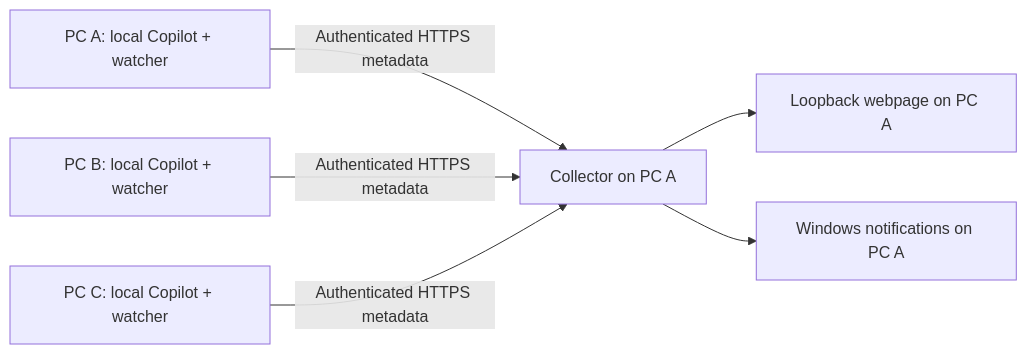
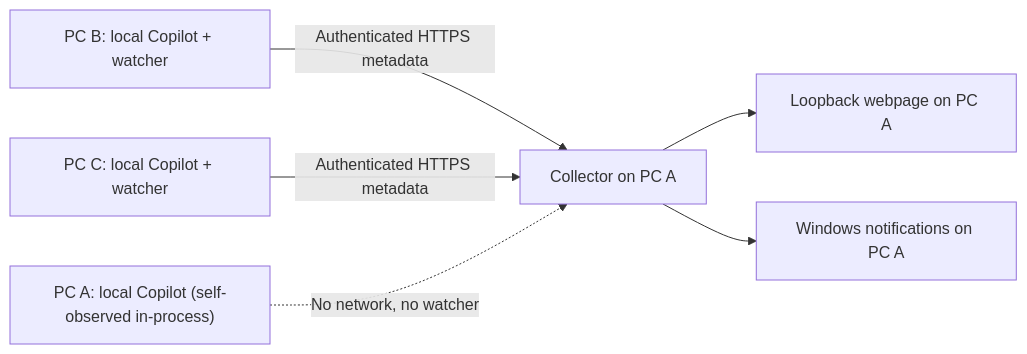
The diagram in README.md (rchiodo/copilot-session-monitor), drawn with Mermaid before and after one commit. The commit also changed other lines of this file and 14 other files, not shown here.

````diff
--- a/README.md
+++ b/README.md
@@ -9,8 +9,8 @@
 ```mermaid
 flowchart LR
-    A["PC A: local Copilot + watcher"] -->|Authenticated HTTPS metadata| C["Collector on PC A"]
-    B["PC B: local Copilot + watcher"] -->|Authenticated HTTPS metadata| C
+    B["PC B: local Copilot + watcher"] -->|Authenticated HTTPS metadata| C["Collector on PC A"]
     D["PC C: local Copilot + watcher"] -->|Authenticated HTTPS metadata| C
+    A["PC A: local Copilot (self-observed in-process)"] -.->|No network, no watcher| C
     C --> W["Loopback webpage on PC A"]
     C --> N["Windows notifications on PC A"]
 ```
````
